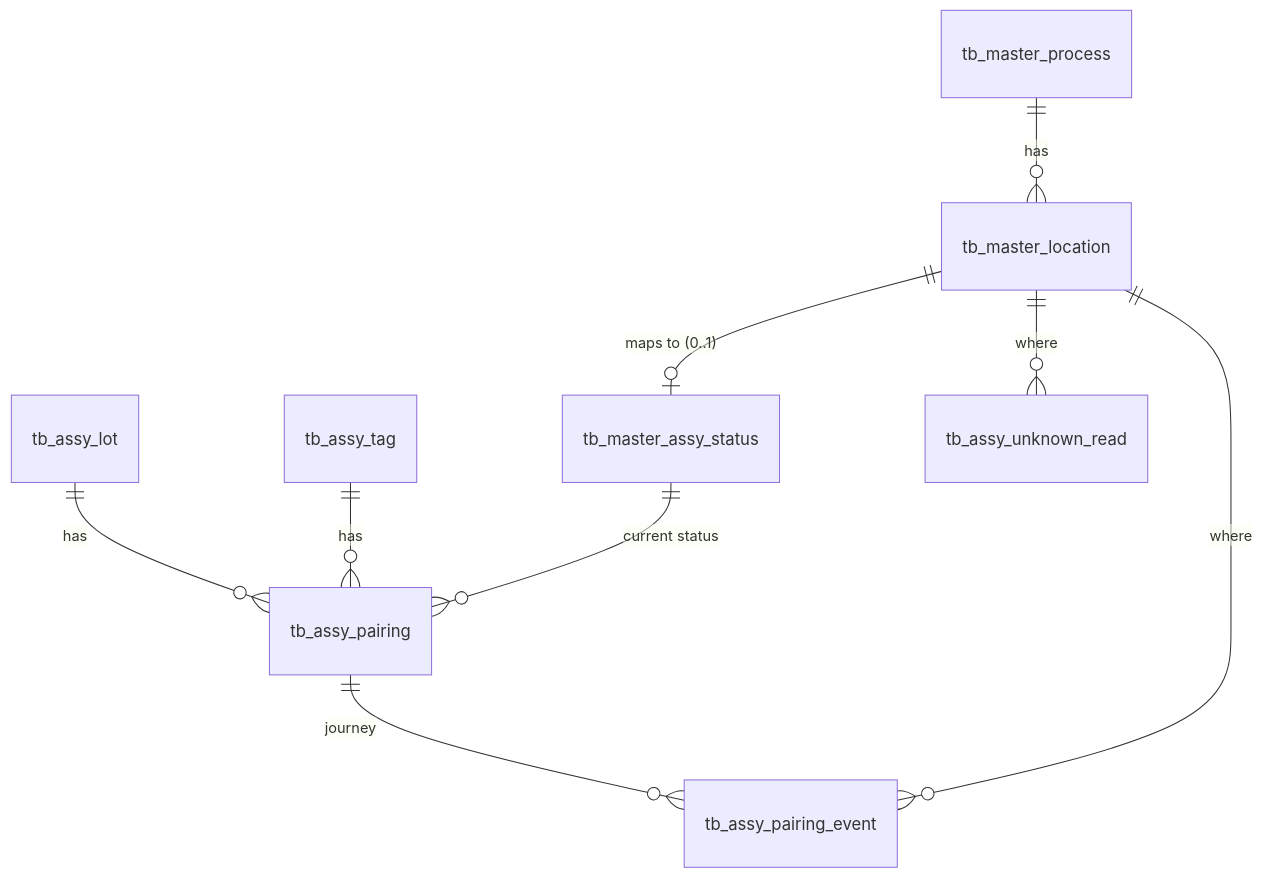
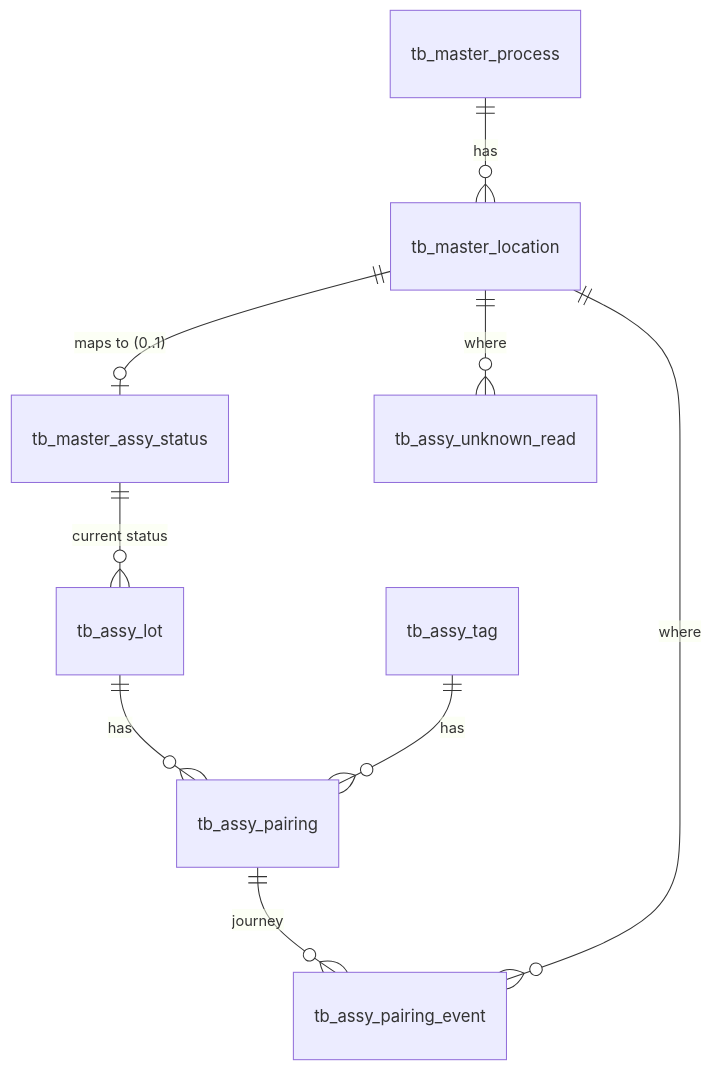
The diagram in docs/superpowers/specs/2026-10-01-backend-redesign-design.md (nawin1231/RFID_Assembly), drawn with Mermaid before and after one commit. The commit also changed other lines of this file, not shown here.

Commit message:
fix(docs): update backend redesign status to Draft v3 and clarify decision details

````diff
--- a/docs/superpowers/specs/2026-10-01-backend-redesign-design.md
+++ b/docs/superpowers/specs/2026-10-01-backend-redesign-design.md
@@ -116,11 +118,11 @@
 ```mermaid
 erDiagram
     tb_master_process ||--o{ tb_master_location : has
     tb_master_location ||--o| tb_master_assy_status : "maps to (0..1)"
     tb_assy_lot ||--o{ tb_assy_pairing : has
     tb_assy_tag ||--o{ tb_assy_pairing : has
-    tb_master_assy_status ||--o{ tb_assy_pairing : "current status"
+    tb_master_assy_status ||--o{ tb_assy_lot : "current status"
     tb_assy_pairing ||--o{ tb_assy_pairing_event : journey
     tb_master_location ||--o{ tb_assy_pairing_event : "where"
     tb_master_location ||--o{ tb_assy_unknown_read : "where"
 ```
````
